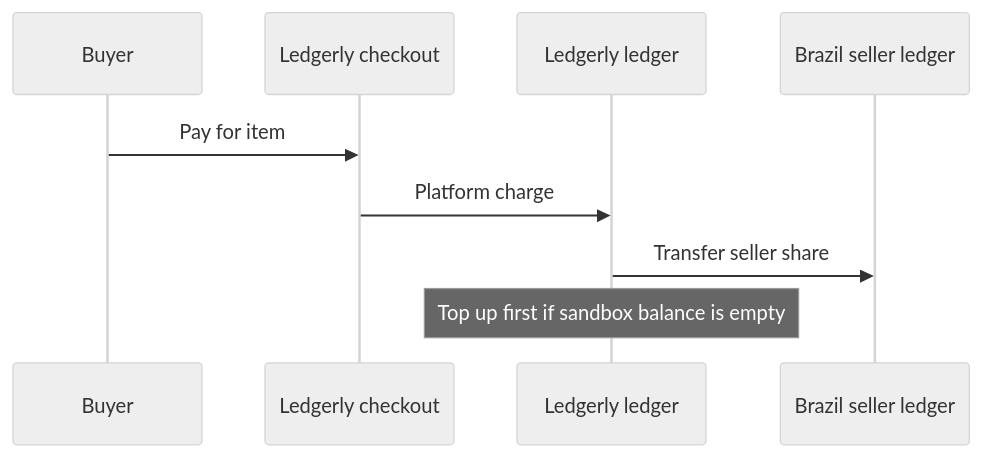
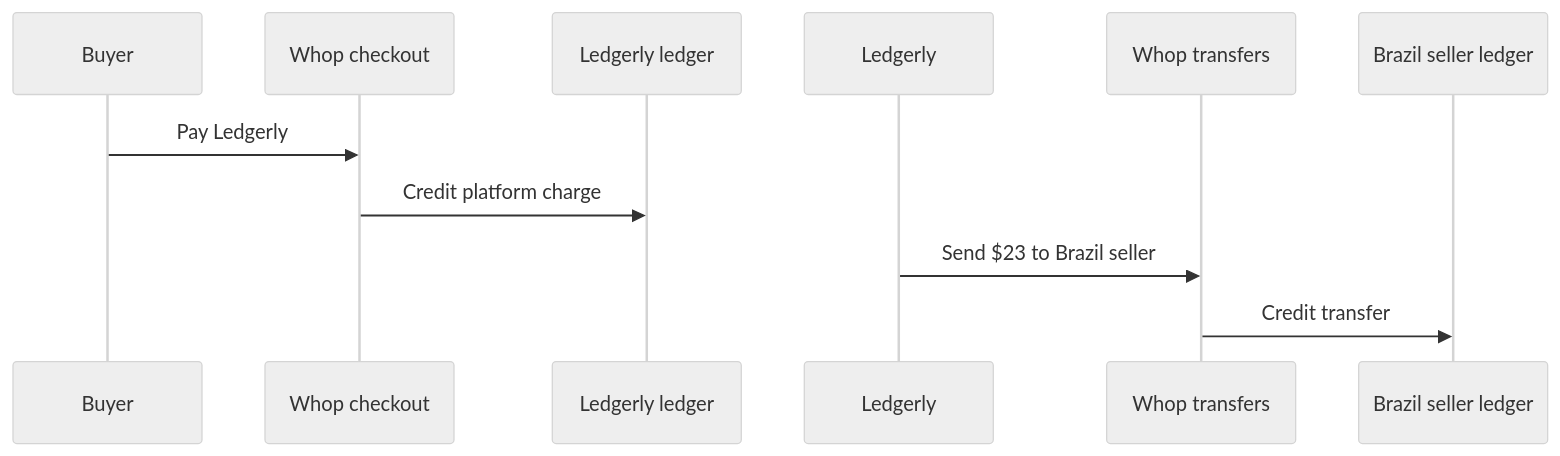
One commit to elwinhe/whop-platforms-fde changed the second of 2 diagrams in README.md. Above: the diagram before and after it, drawn with Mermaid (neutral theme). The commit also changed other lines of this file and 14 other files, not shown here.

Commit message:
Implement seller payouts dashboard and verified sandbox operations

````diff
--- a/README.md
+++ b/README.md
@@ -31,7 +126,7 @@
 ```mermaid
 sequenceDiagram
-  Buyer->>Ledgerly checkout: Pay for item
-  Ledgerly checkout->>Ledgerly ledger: Platform charge
-  Ledgerly ledger->>Brazil seller ledger: Transfer seller share
-  Note over Ledgerly ledger: Top up first if sandbox balance is empty
+  Buyer->>Whop checkout: Pay Ledgerly
+  Whop checkout->>Ledgerly ledger: Credit platform charge
+  Ledgerly->>Whop transfers: Send $23 to Brazil seller
+  Whop transfers->>Brazil seller ledger: Credit transfer
 ```
````
